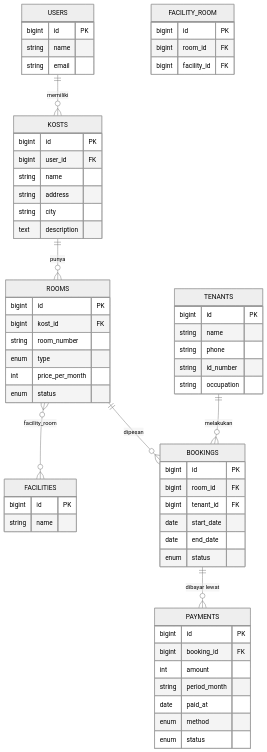
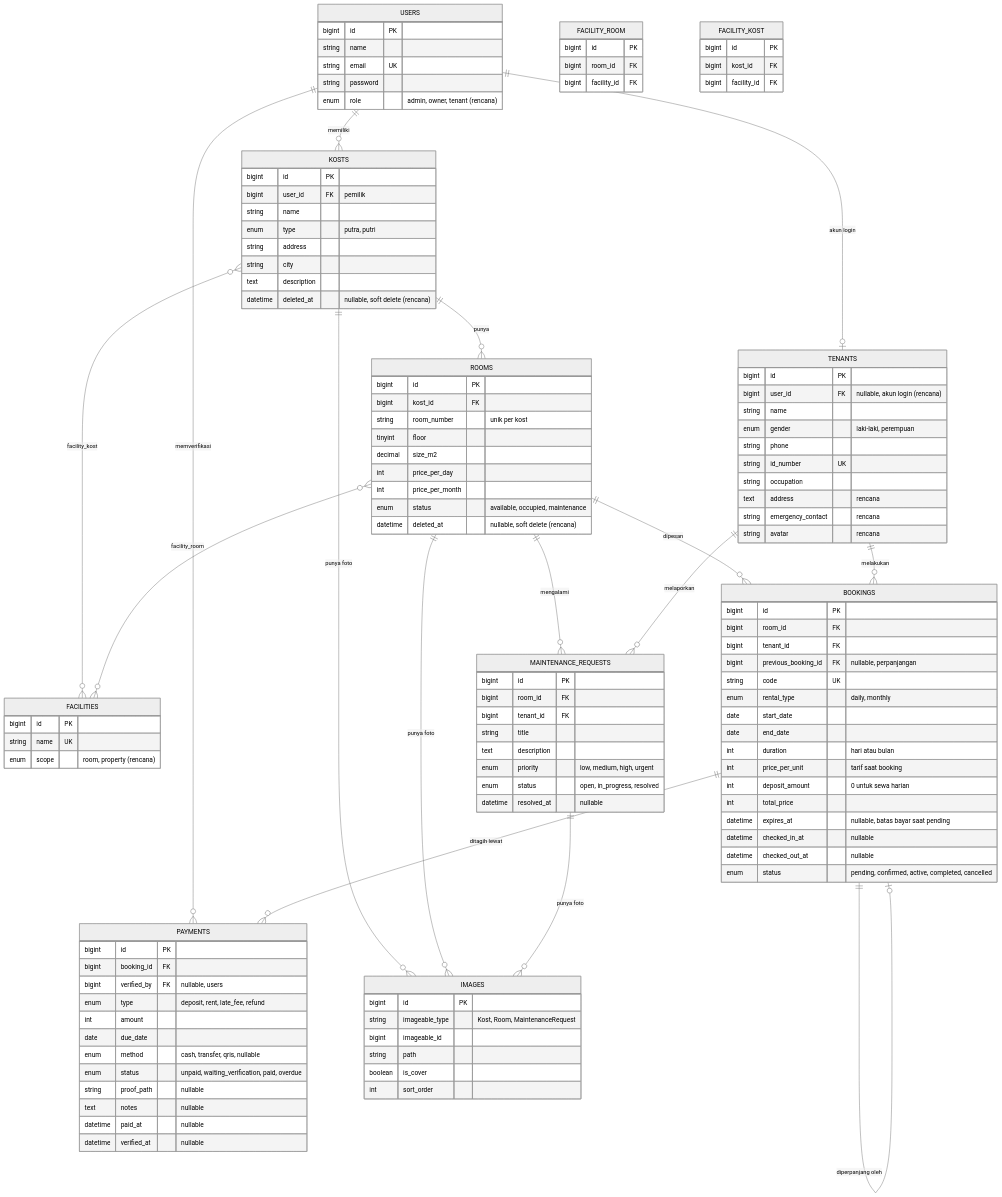
Before and after one commit to Luchyana-Desi/laravel5d: the diagram in docs/erd.md, drawn with Mermaid (neutral theme). The commit also changed other lines of this file and 2 other files, not shown here.

Commit message:
P01-J4: update README, full ERD, and progress report

````diff
--- a/docs/erd.md
+++ b/docs/erd.md
@@ -5,64 +9,124 @@
 ```mermaid
 erDiagram
     USERS ||--o{ KOSTS : "memiliki"
+    USERS ||--o| TENANTS : "akun login"
+    USERS ||--o{ PAYMENTS : "memverifikasi"
     KOSTS ||--o{ ROOMS : "punya"
+    KOSTS }o--o{ FACILITIES : "facility_kost"
     ROOMS }o--o{ FACILITIES : "facility_room"
+    KOSTS ||--o{ IMAGES : "punya foto"
+    ROOMS ||--o{ IMAGES : "punya foto"
+    MAINTENANCE_REQUESTS ||--o{ IMAGES : "punya foto"
     ROOMS ||--o{ BOOKINGS : "dipesan"
     TENANTS ||--o{ BOOKINGS : "melakukan"
-    BOOKINGS ||--o{ PAYMENTS : "dibayar lewat"
+    BOOKINGS ||--o| BOOKINGS : "diperpanjang oleh"
+    BOOKINGS ||--o{ PAYMENTS : "ditagih lewat"
+    ROOMS ||--o{ MAINTENANCE_REQUESTS : "mengalami"
+    TENANTS ||--o{ MAINTENANCE_REQUESTS : "melaporkan"
 
     USERS {
         bigint id PK
         string name
-        string email
+        string email UK
+        string password
+        enum role "admin, owner, tenant (rencana)"
+    }
+    TENANTS {
+        bigint id PK
+        bigint user_id FK "nullable, akun login (rencana)"
+        string name
+        enum gender "laki-laki, perempuan"
+        string phone
+        string id_number UK
+        string occupation
+        text address "rencana"
+        string emergency_contact "rencana"
+        string avatar "rencana"
     }
     KOSTS {
         bigint id PK
-        bigint user_id FK
+        bigint user_id FK "pemilik"
         string name
+        enum type "putra, putri"
         string address
         string city
         text description
+        datetime deleted_at "nullable, soft delete (rencana)"
     }
     ROOMS {
         bigint id PK
         bigint kost_id FK
-        string room_number
-        enum type
+        string room_number "unik per kost"
+        tinyint floor
+        decimal size_m2
+        int price_per_day
         int price_per_month
-        enum status
+        enum status "available, occupied, maintenance"
+        datetime deleted_at "nullable, soft delete (rencana)"
     }
     FACILITIES {
         bigint id PK
-        string name
+        string name UK
+        enum scope "room, property (rencana)"
     }
     FACILITY_ROOM {
         bigint id PK
         bigint room_id FK
         bigint facility_id FK
     }
-    TENANTS {
+    FACILITY_KOST {
         bigint id PK
-        string name
-        string phone
-        string id_number
-        string occupation
+        bigint kost_id FK
+        bigint facility_id FK
+    }
+    IMAGES {
+        bigint id PK
+        string imageable_type "Kost, Room, MaintenanceRequest"
+        bigint imageable_id
+        string path
+        boolean is_cover
+        int sort_order
     }
     BOOKINGS {
         bigint id PK
         bigint room_id FK
         bigint tenant_id FK
+        bigint previous_booking_id FK "nullable, perpanjangan"
+        string code UK
+        enum rental_type "daily, monthly"
         date start_date
         date end_date
-        enum status
+        int duration "hari atau bulan"
+        int price_per_unit "tarif saat booking"
+        int deposit_amount "0 untuk sewa harian"
+        int total_price
+        datetime expires_at "nullable, batas bayar saat pending"
+        datetime checked_in_at "nullable"
+        datetime checked_out_at "nullable"
+        enum status "pending, confirmed, active, completed, cancelled"
     }
     PAYMENTS {
         bigint id PK
         bigint booking_id FK
+        bigint verified_by FK "nullable, users"
+        enum type "deposit, rent, late_fee, refund"
         int amount
-        string period_month
-        date paid_at
-        enum method
-        enum status
+        date due_date
+        enum method "cash, transfer, qris, nullable"
+        enum status "unpaid, waiting_verification, paid, overdue"
+        string proof_path "nullable"
+        text notes "nullable"
+        datetime paid_at "nullable"
+        datetime verified_at "nullable"
+    }
+    MAINTENANCE_REQUESTS {
+        bigint id PK
+        bigint room_id FK
+        bigint tenant_id FK
+        string title
+        text description
+        enum priority "low, medium, high, urgent"
+        enum status "open, in_progress, resolved"
+        datetime resolved_at "nullable"
     }
 ```
````
